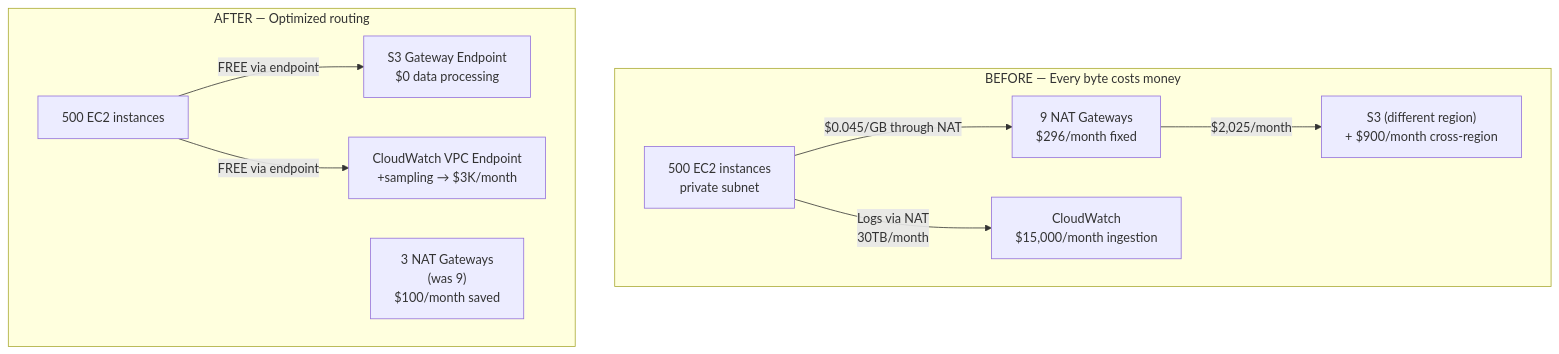
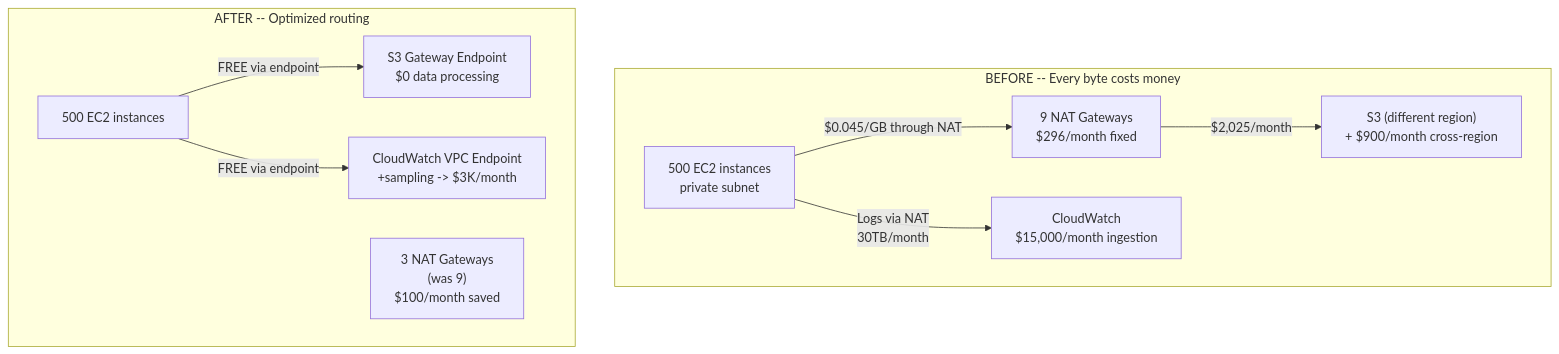
Before and after one commit to ranjeetnegi/System-Design-for-Staff-SWE: the third of 5 diagrams in Section2/Chapter_17_Cost_Efficiency_and_Sustainable_System_Design.md, drawn with Mermaid. The commit also changed other lines of this file and 20 other files, not shown here.

````diff
--- a/Section2/Chapter_17_Cost_Efficiency_and_Sustainable_System_Design.md
+++ b/Section2/Chapter_17_Cost_Efficiency_and_Sustainable_System_Design.md
@@ -2790,13 +2790,13 @@
 ```mermaid
 flowchart TD
-    subgraph Before["BEFORE — Every byte costs money"]
+    subgraph Before["BEFORE -- Every byte costs money"]
         EC2["500 EC2 instances\nprivate subnet"] -->|"$0.045/GB through NAT"| NAT["9 NAT Gateways\n$296/month fixed"]
         NAT -->|"$2,025/month"| S3["S3 (different region)\n+ $900/month cross-region"]
         EC2 -->|"Logs via NAT\n30TB/month"| CW["CloudWatch\n$15,000/month ingestion"]
     end
-    subgraph After["AFTER — Optimized routing"]
+    subgraph After["AFTER -- Optimized routing"]
         EC2B["500 EC2 instances"] -->|"FREE via endpoint"| S3B["S3 Gateway Endpoint\n$0 data processing"]
-        EC2B -->|"FREE via endpoint"| CWB["CloudWatch VPC Endpoint\n+sampling → $3K/month"]
+        EC2B -->|"FREE via endpoint"| CWB["CloudWatch VPC Endpoint\n+sampling -> $3K/month"]
         NAT3["3 NAT Gateways\n(was 9)\n$100/month saved"]
     end
 ```
````
